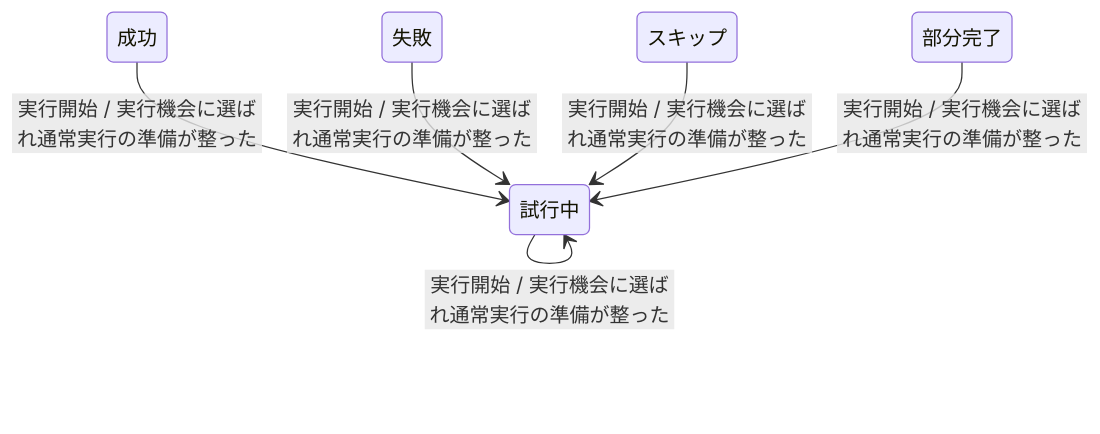
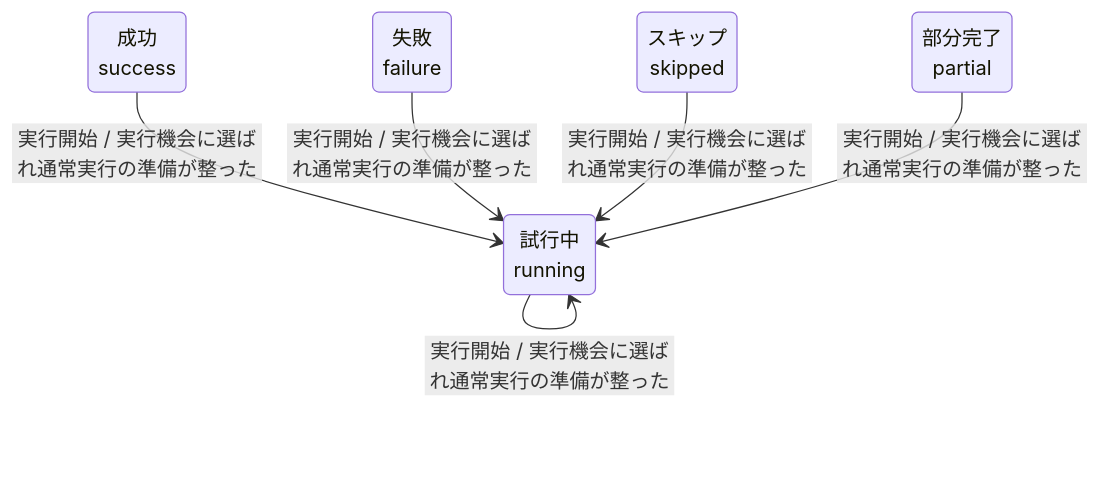
One commit to specdojo/specdojo changed the second of 2 diagrams in docs/ja/product/010-business-specs/020-data-model/stsd-routine-run.md. Above: the diagram before and after it, drawn with Mermaid. The commit also changed other lines of this file and 4 other files, not shown here.

Commit message:
exec(register PJR-644H): stsd-routine-run の冒頭と図の表示名を新しい Kata に合わせる

````diff
--- a/docs/ja/product/010-business-specs/020-data-model/stsd-routine-run.md
+++ b/docs/ja/product/010-business-specs/020-data-model/stsd-routine-run.md
@@ -82,13 +86,13 @@
 ```mermaid
 stateDiagram-v2
-  state "試行中" as running
-  state "成功" as success
-  state "部分完了" as partial
-  state "失敗" as failure
-  state "スキップ" as skipped
+  state "試行中<br>running" as running
+  state "成功<br>success" as success
+  state "部分完了<br>partial" as partial
+  state "失敗<br>failure" as failure
+  state "スキップ<br>skipped" as skipped
   success --> running : 実行開始 / 実行機会に選ばれ通常実行の準備が整った
   failure --> running : 実行開始 / 実行機会に選ばれ通常実行の準備が整った
   skipped --> running : 実行開始 / 実行機会に選ばれ通常実行の準備が整った
   partial --> running : 実行開始 / 実行機会に選ばれ通常実行の準備が整った
   running --> running : 実行開始 / 実行機会に選ばれ通常実行の準備が整った
 ```
````
